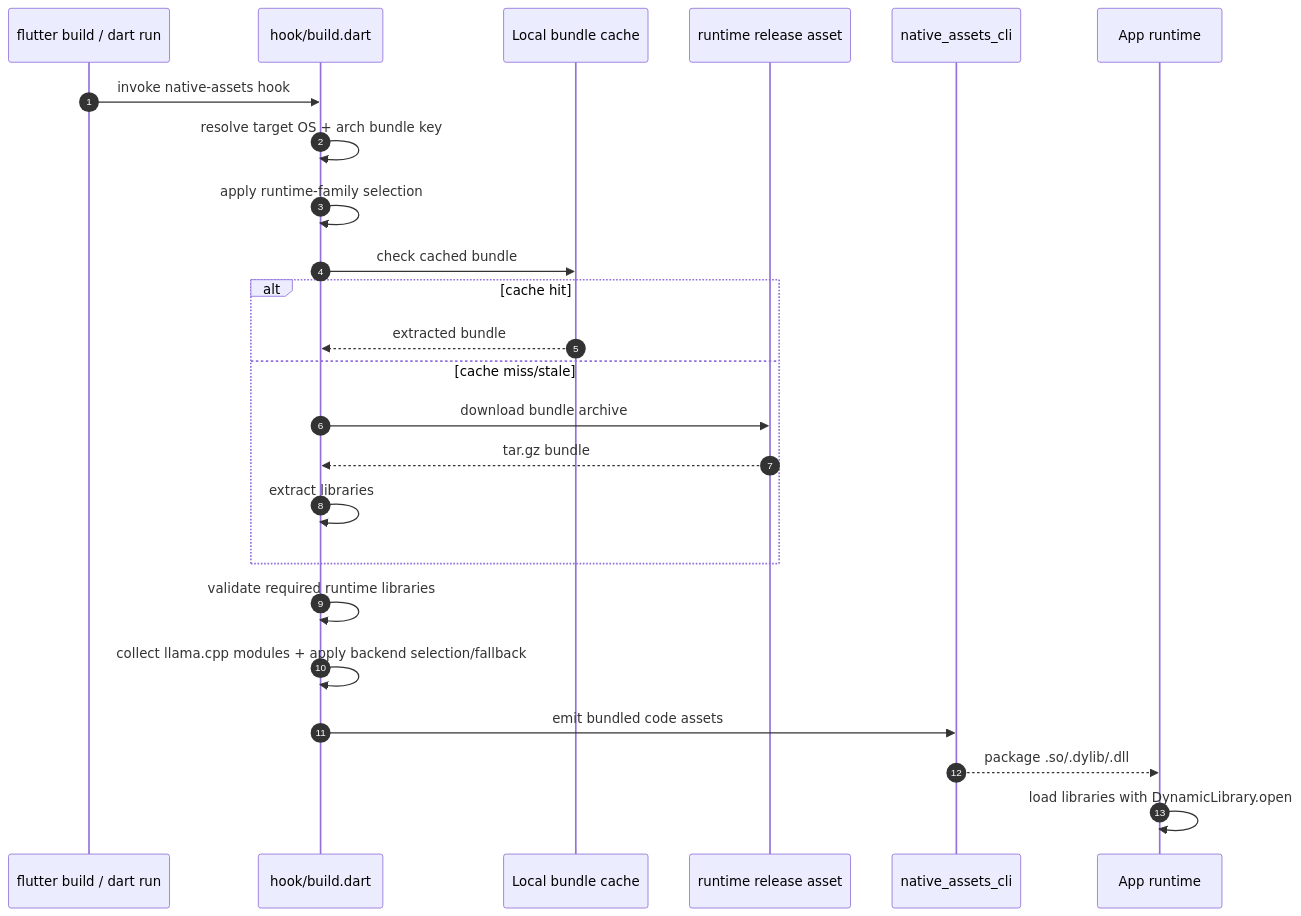
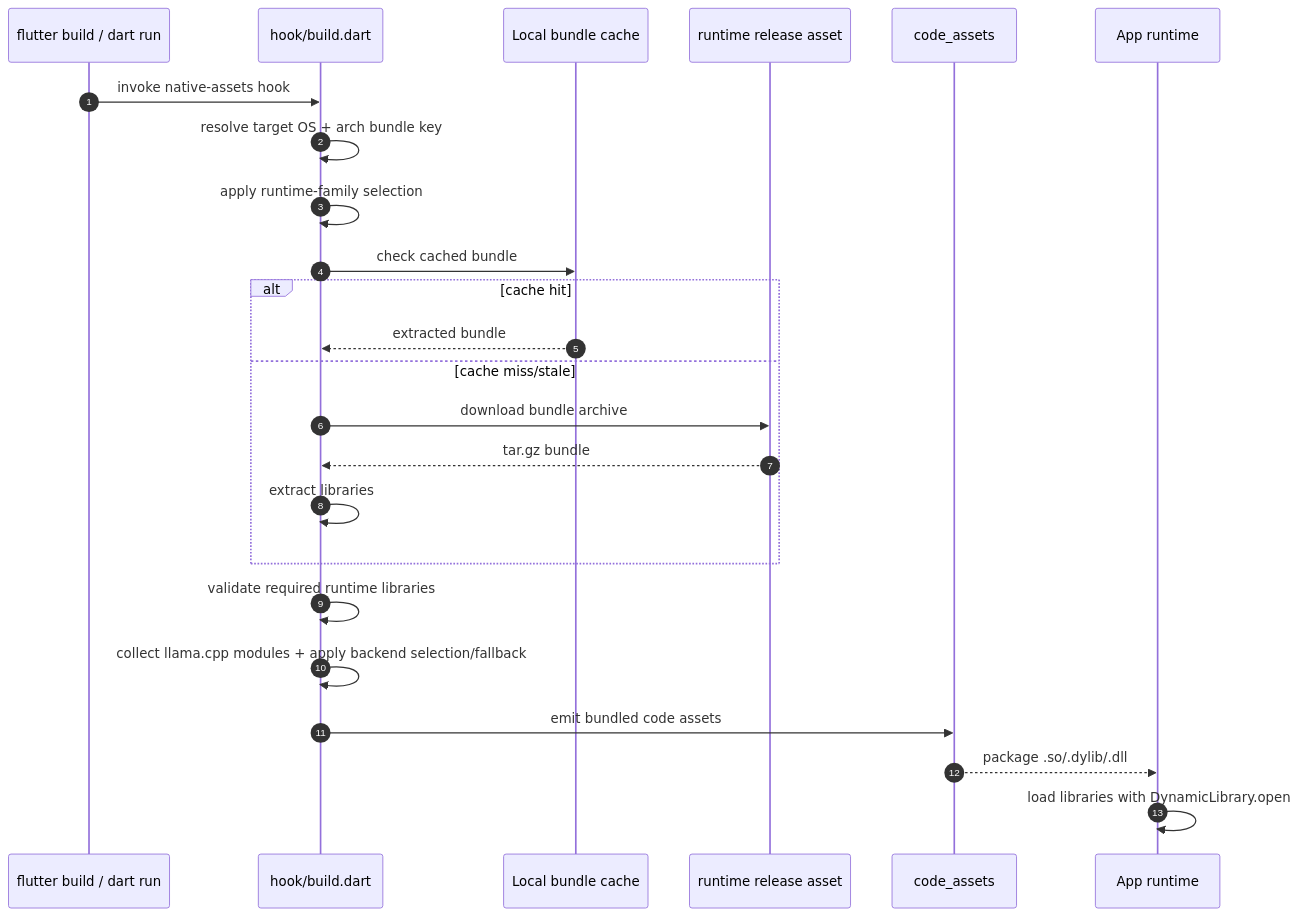
One commit to leehack/llamadart changed the diagram in website/docs/platforms/native-build-hooks.md. Above: the diagram before and after it, drawn with Mermaid. The commit also changed other lines of this file and 108 other files, not shown here.

````diff
--- a/website/docs/platforms/native-build-hooks.md
+++ b/website/docs/platforms/native-build-hooks.md
@@ -15,27 +17,27 @@
 ```mermaid
 sequenceDiagram
     autonumber
     participant Build as flutter build / dart run
     participant Hook as hook/build.dart
     participant Cache as Local bundle cache
     participant Release as runtime release asset
-    participant Assets as native_assets_cli
+    participant Assets as code_assets
     participant Runtime as App runtime
 
     Build->>Hook: invoke native-assets hook
     Hook->>Hook: resolve target OS + arch bundle key
     Hook->>Hook: apply runtime-family selection
     Hook->>Cache: check cached bundle
     alt cache hit
         Cache-->>Hook: extracted bundle
     else cache miss/stale
         Hook->>Release: download bundle archive
         Release-->>Hook: tar.gz bundle
         Hook->>Hook: extract libraries
     end
     Hook->>Hook: validate required runtime libraries
     Hook->>Hook: collect llama.cpp modules + apply backend selection/fallback
     Hook->>Assets: emit bundled code assets
     Assets-->>Runtime: package .so/.dylib/.dll
     Runtime->>Runtime: load libraries with DynamicLibrary.open
 ```
````
